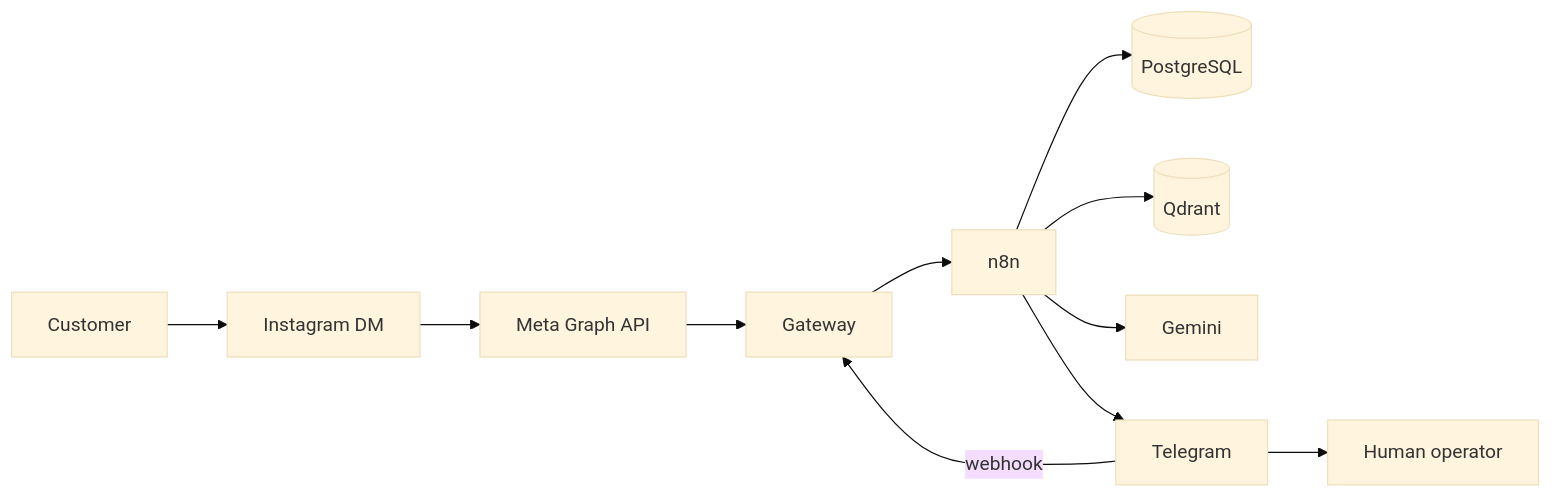
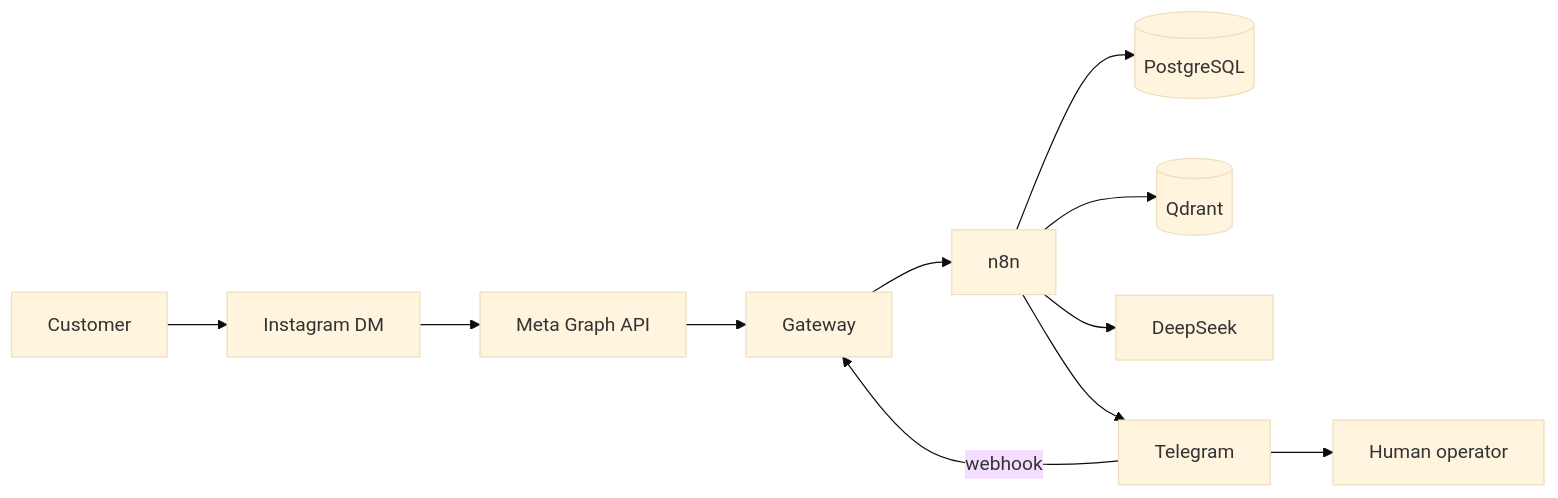
Before and after one commit to alvarolopez6/winery-ai-assistant: the first of 2 diagrams in README.md, drawn with Mermaid (base theme). The commit also changed other lines of this file and 14 other files, not shown here.

Commit message:
Sync workflows and docs with DeepSeek setup

````diff
--- a/README.md
+++ b/README.md
@@ -43,13 +43,13 @@
 ```mermaid
 flowchart LR
     C[Customer] --> IG[Instagram DM]
     IG --> META[Meta Graph API]
     META --> GW[Gateway]
     GW --> N8N[n8n]
     N8N --> PG[(PostgreSQL)]
     N8N --> Q[(Qdrant)]
-    N8N --> LLM[Gemini]
+    N8N --> LLM[DeepSeek]
     N8N --> TG[Telegram]
     TG --> OP[Human operator]
     TG -->|webhook| GW
 ```
````
